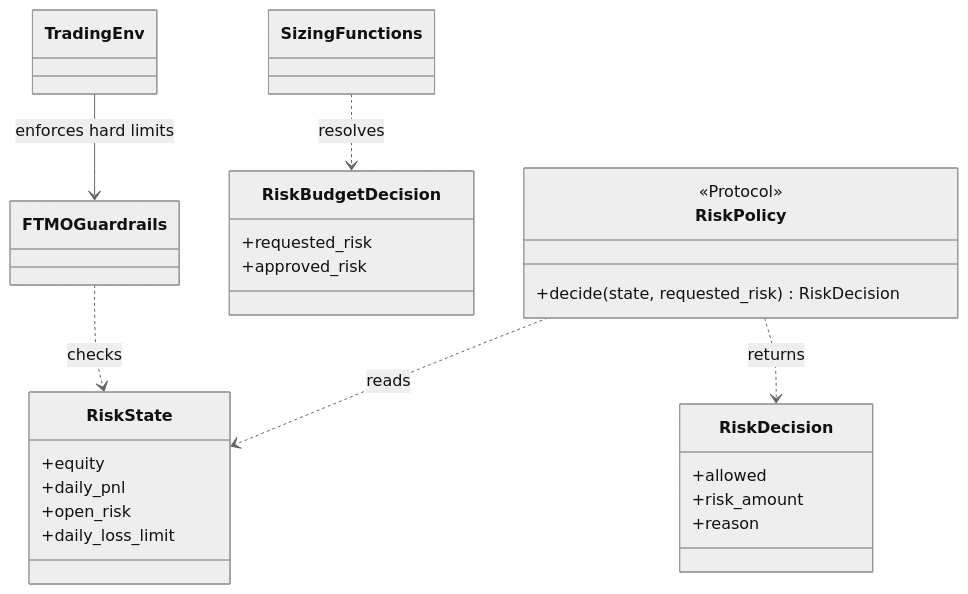
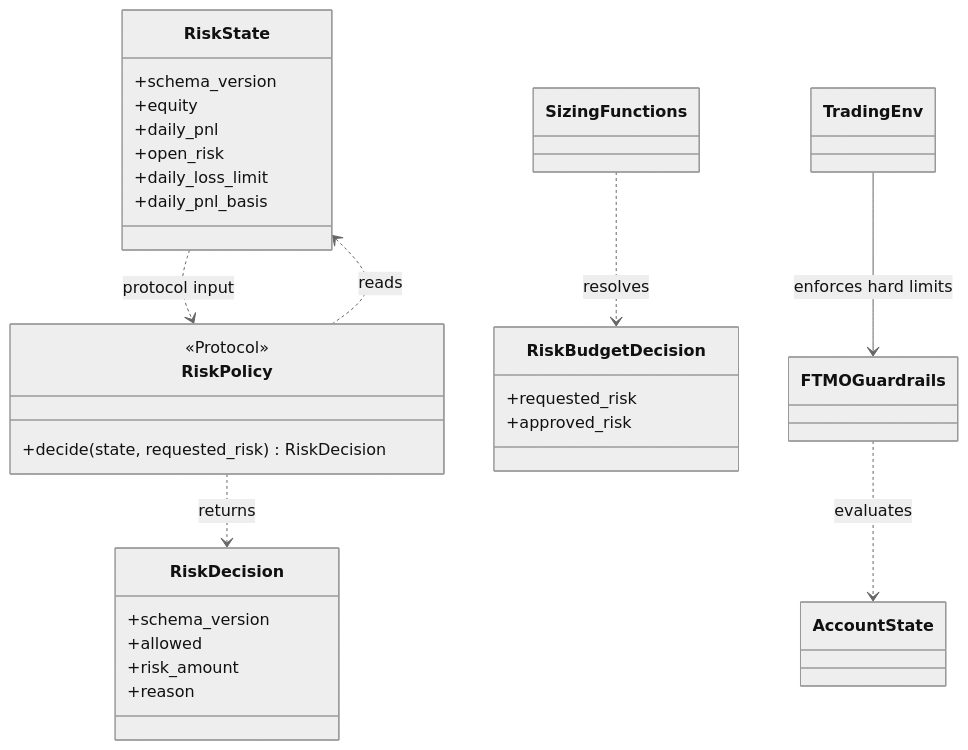
Before and after one commit to nntk072/Quantitative-RL-Trading-System: the diagram in trading/risk/README.md, drawn with Mermaid (neutral theme). The commit also changed other lines of this file and 1229 other files, not shown here.

````diff
--- a/trading/risk/README.md
+++ b/trading/risk/README.md
@@ -18,30 +37,34 @@
 ```mermaid
 classDiagram
     class RiskState {
+      +schema_version
       +equity
       +daily_pnl
       +open_risk
       +daily_loss_limit
+      +daily_pnl_basis
     }
     class RiskPolicy {
       <<Protocol>>
       +decide(state, requested_risk) RiskDecision
     }
     class RiskDecision {
+      +schema_version
       +allowed
       +risk_amount
       +reason
     }
     class RiskBudgetDecision {
       +requested_risk
       +approved_risk
     }
     class FTMOGuardrails
     class SizingFunctions
     class TradingEnv
     RiskPolicy ..> RiskState : reads
     RiskPolicy ..> RiskDecision : returns
     SizingFunctions ..> RiskBudgetDecision : resolves
-    FTMOGuardrails ..> RiskState : checks
+    RiskState ..> RiskPolicy : protocol input
+    FTMOGuardrails ..> AccountState : evaluates
     TradingEnv --> FTMOGuardrails : enforces hard limits
 ```
````
